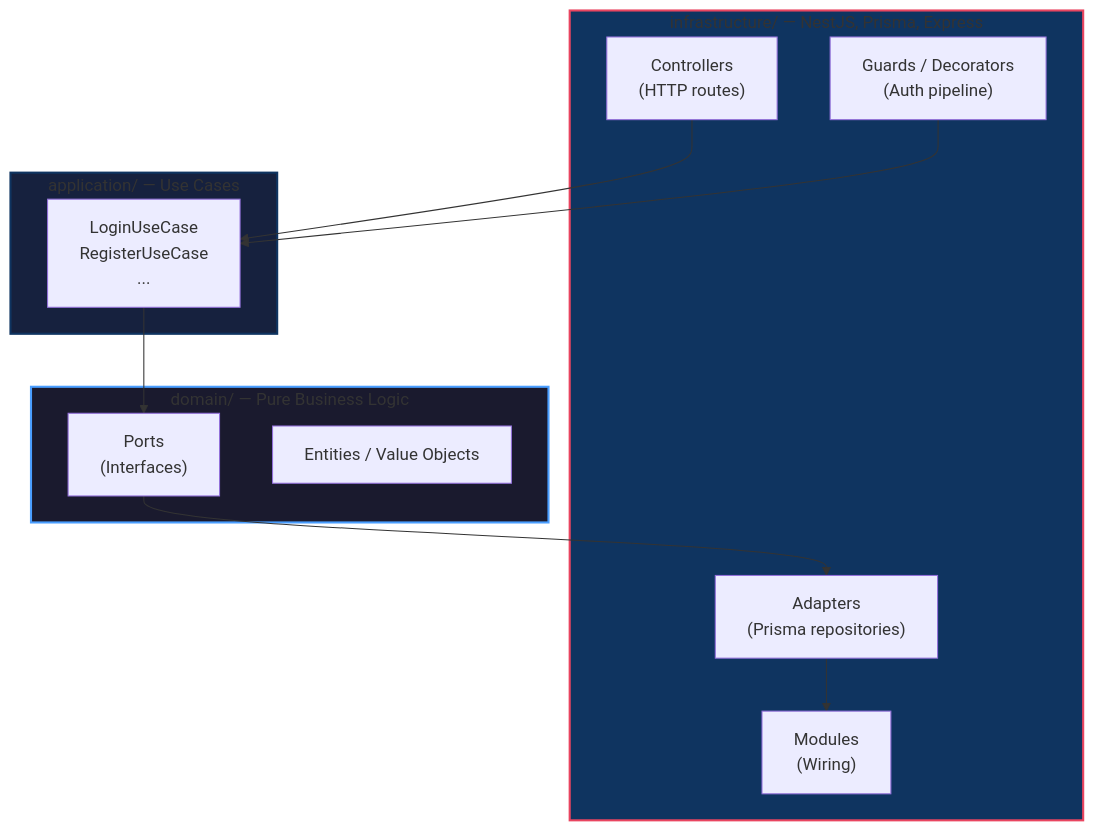
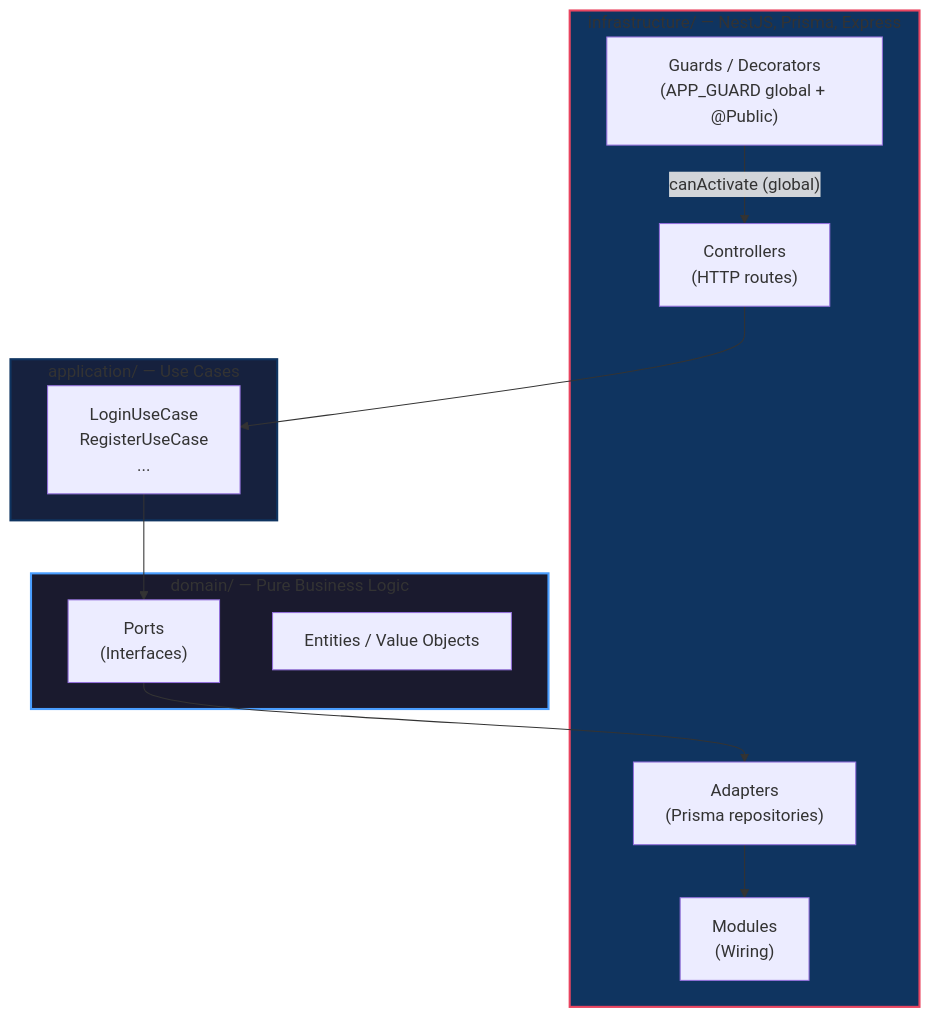
Before and after one commit to watchtheblind/hcm-project: the diagram in README.md, drawn with Mermaid. The commit also changed other lines of this file, not shown here.

First line of the commit message:
docs(readme): document global JWT guard, MVP roles, seed and dashboard

````diff
--- a/README.md
+++ b/README.md
@@ -20,28 +20,28 @@
 ```mermaid
 flowchart TD
     subgraph Infrastructure["infrastructure/ — NestJS, Prisma, Express"]
         Controller["Controllers\n(HTTP routes)"]
-        Guard["Guards / Decorators\n(Auth pipeline)"]
+        Guard["Guards / Decorators\n(APP_GUARD global + @Public)"]
         Adapter["Adapters\n(Prisma repositories)"]
         Module["Modules\n(Wiring)"]
     end
 
     subgraph Application["application/ — Use Cases"]
         UseCase["LoginUseCase\nRegisterUseCase\n..."]
     end
 
     subgraph Domain["domain/ — Pure Business Logic"]
         Port["Ports\n(Interfaces)"]
         Entity["Entities / Value Objects"]
     end
 
     Controller --> UseCase
-    Guard --> UseCase
+    Guard -- "canActivate (global)" --> Controller
     UseCase --> Port
     Port --> Adapter
     Adapter --> Module
 
     style Domain fill:#1a1a2e,stroke:#4a9eff,stroke-width:2px
     style Application fill:#16213e,stroke:#0f3460,stroke-width:2px
     style Infrastructure fill:#0f3460,stroke:#e94560,stroke-width:2px
 ```
````
